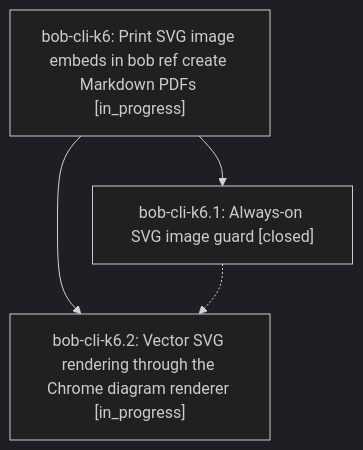
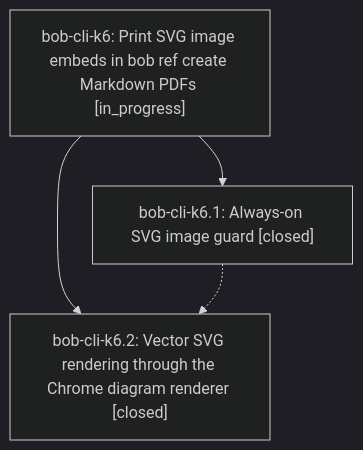
One commit to bobs-org/bob-cli--beads changed the diagram in pages/bob-cli-k6/README.md. Above: the diagram before and after it, drawn with Mermaid (dark theme). The commit also changed other lines of this file and 2 other files, not shown here.

First line of the commit message:
chore(beads): sync bead state and pages for bob-cli-k6

````diff
--- a/pages/bob-cli-k6/README.md
+++ b/pages/bob-cli-k6/README.md
@@ -35,9 +35,9 @@
 ```mermaid
 flowchart TD
     n0["bob-cli-k6: Print SVG image embeds in bob ref create Markdown PDFs [in_progress]"]
     n1["bob-cli-k6.1: Always-on SVG image guard [closed]"]
-    n2["bob-cli-k6.2: Vector SVG rendering through the Chrome diagram renderer [in_progress]"]
+    n2["bob-cli-k6.2: Vector SVG rendering through the Chrome diagram renderer [closed]"]
     n0 --> n1
     n0 --> n2
     n1 -.-> n2
 ```
````
